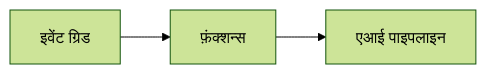
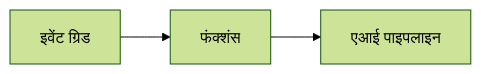
Before and after one commit to microsoft/AZD-for-beginners: the second of 2 diagrams in translations/hi/docs/chapter-08-production/README.md, drawn with Mermaid (forest theme). The commit also changed other lines of this file and 60 other files, not shown here.

````diff
--- a/translations/hi/docs/chapter-08-production/README.md
+++ b/translations/hi/docs/chapter-08-production/README.md
@@ -57,4 +57,4 @@
 ```mermaid
 graph LR
-    EventGrid[इवेंट ग्रिड] --> Functions[फ़ंक्शन्स] --> Pipeline[एआई पाइपलाइन]
+    EventGrid[इवेंट ग्रिड] --> Functions[फंक्शंस] --> Pipeline[एआई पाइपलाइन]
 ```
````
